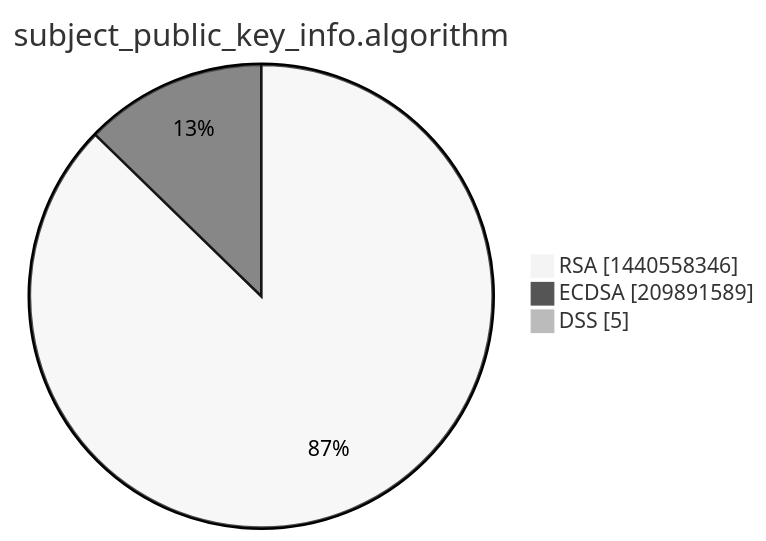
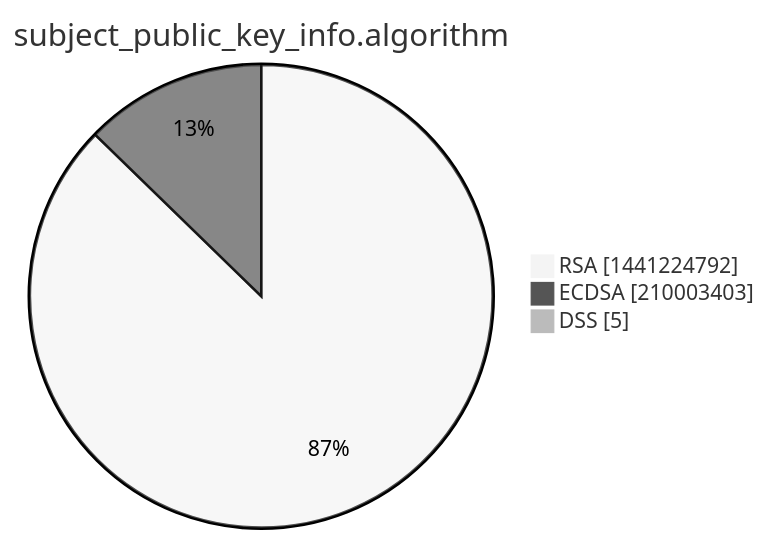
One commit to christiankrug/ctmonitor_visualization changed the third of 15 diagrams in xenon2022/README.md. Above: the diagram before and after it, drawn with Mermaid (neutral theme). The commit also changed other lines of this file, not shown here.

````diff
--- a/xenon2022/README.md
+++ b/xenon2022/README.md
@@ -14,7 +14,7 @@
 ```mermaid
 pie showData
 title subject_public_key_info.algorithm
-"RSA" :1440558346
-"ECDSA" :209891589
+"RSA" :1441224792
+"ECDSA" :210003403
 "DSS" :5
 ```
````
